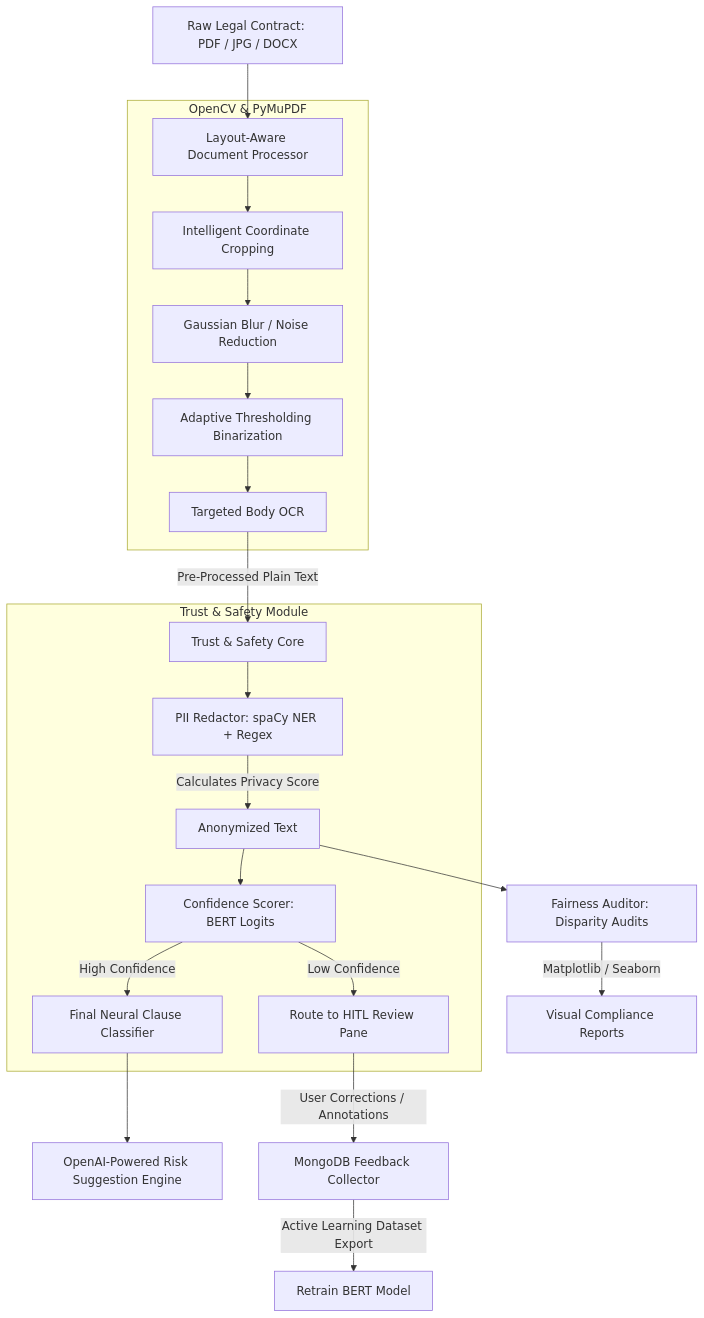
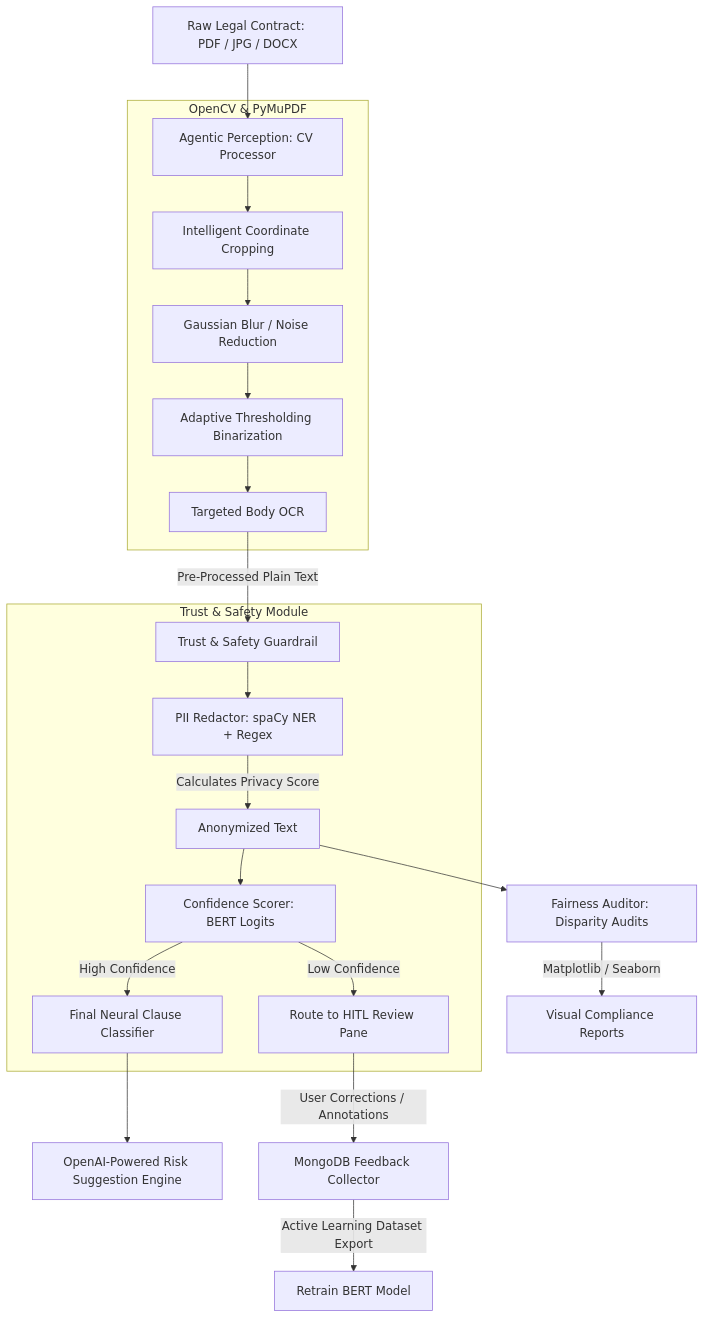
The diagram in README.md (keerthana-b-v/AI-Powered-Legal-Document-Analysis-with-an-Integrated-Trust-and-Safety-Framework-), drawn with Mermaid before and after one commit. The commit also changed other lines of this file and 1 other file, not shown here.

````diff
--- a/README.md
+++ b/README.md
@@ -25,28 +31,28 @@
 ```mermaid
 graph TD
-    A[Raw Legal Contract: PDF / JPG / DOCX] --> B[Layout-Aware Document Processor]
+    A[Raw Legal Contract: PDF / JPG / DOCX] --> B[Agentic Perception: CV Processor]
     
     subgraph CV Pre-Processing [OpenCV & PyMuPDF]
         B --> B1[Intelligent Coordinate Cropping]
         B1 --> B2[Gaussian Blur / Noise Reduction]
         B2 --> B3[Adaptive Thresholding Binarization]
         B3 --> B4[Targeted Body OCR]
     end
     
-    B4 -->|Pre-Processed Plain Text| C[Trust & Safety Core]
+    B4 -->|Pre-Processed Plain Text| C[Trust & Safety Guardrail]
     
     subgraph Trust & Safety Pipeline [Trust & Safety Module]
         C --> D[PII Redactor: spaCy NER + Regex]
         D -->|Calculates Privacy Score| E[Anonymized Text]
         E --> F[Confidence Scorer: BERT Logits]
         F -->|Low Confidence| G[Route to HITL Review Pane]
         F -->|High Confidence| H[Final Neural Clause Classifier]
     end
     
     H --> I[OpenAI-Powered Risk Suggestion Engine]
     G -->|User Corrections / Annotations| J[MongoDB Feedback Collector]
     J -->|Active Learning Dataset Export| K[Retrain BERT Model]
     
     E --> L[Fairness Auditor: Disparity Audits]
     L -->|Matplotlib / Seaborn| M[Visual Compliance Reports]
 ```
````
